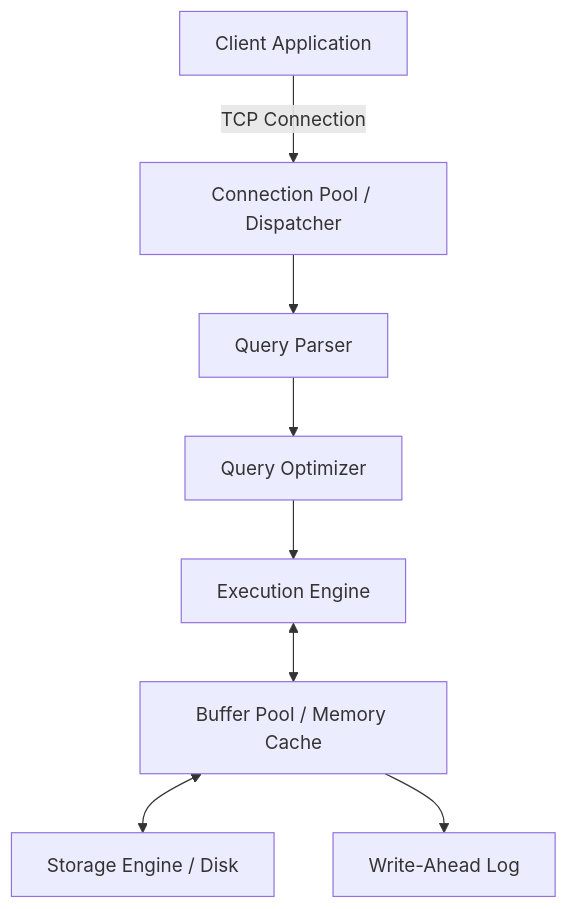
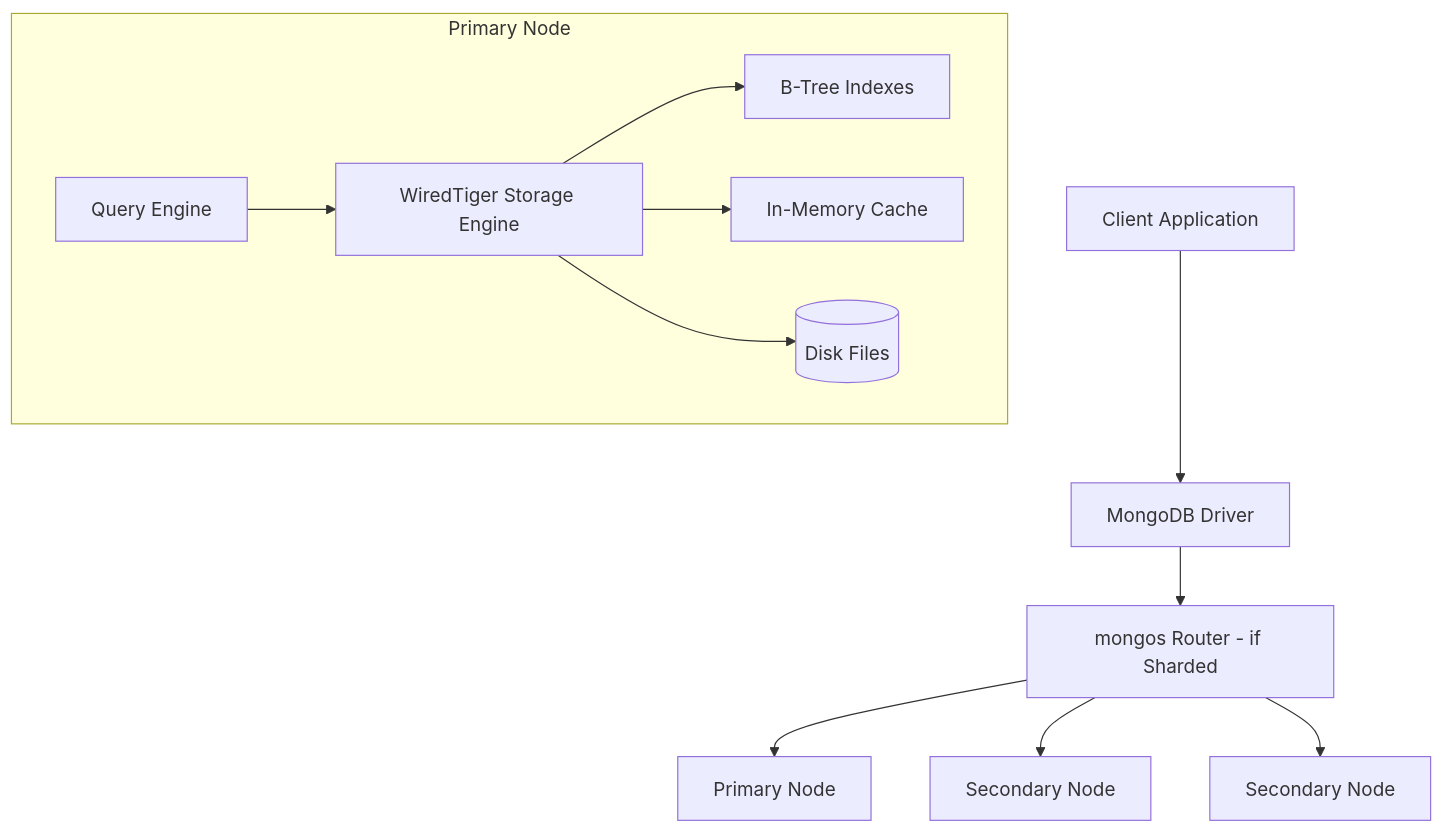
The fifth of 35 diagrams in 08-databases/notes.md (Enggvault/Full-stack), drawn with Mermaid before and after one commit. The commit also changed other lines of this file, not shown here.

````diff
--- a/08-databases/notes.md
+++ b/08-databases/notes.md
@@ -40,10 +423,17 @@
 ```mermaid
 flowchart TD
-    Client[Client Application] -->|TCP Connection| Pool[Connection Pool / Dispatcher]
-    Pool --> Parser[Query Parser]
-    Parser --> Optimizer[Query Optimizer]
-    Optimizer --> Exec[Execution Engine]
-    Exec <--> Buffer[Buffer Pool / Memory Cache]
-    Buffer <--> Storage[Storage Engine / Disk]
-    Buffer --> WAL[Write-Ahead Log]
+    Client[Client Application] --> Driver[MongoDB Driver]
+    Driver --> mongos[mongos Router - if Sharded]
+    mongos --> Primary[Primary Node]
+    mongos --> Secondary1[Secondary Node]
+    mongos --> Secondary2[Secondary Node]
+    
+    subgraph PrimaryNode [Primary Node]
+        QueryEngine[Query Engine]
+        StorageEngine[WiredTiger Storage Engine]
+        QueryEngine --> StorageEngine
+        StorageEngine --> BTree[B-Tree Indexes]
+        StorageEngine --> Cache[In-Memory Cache]
+        StorageEngine --> Disk[(Disk Files)]
+    end
 ```
````
